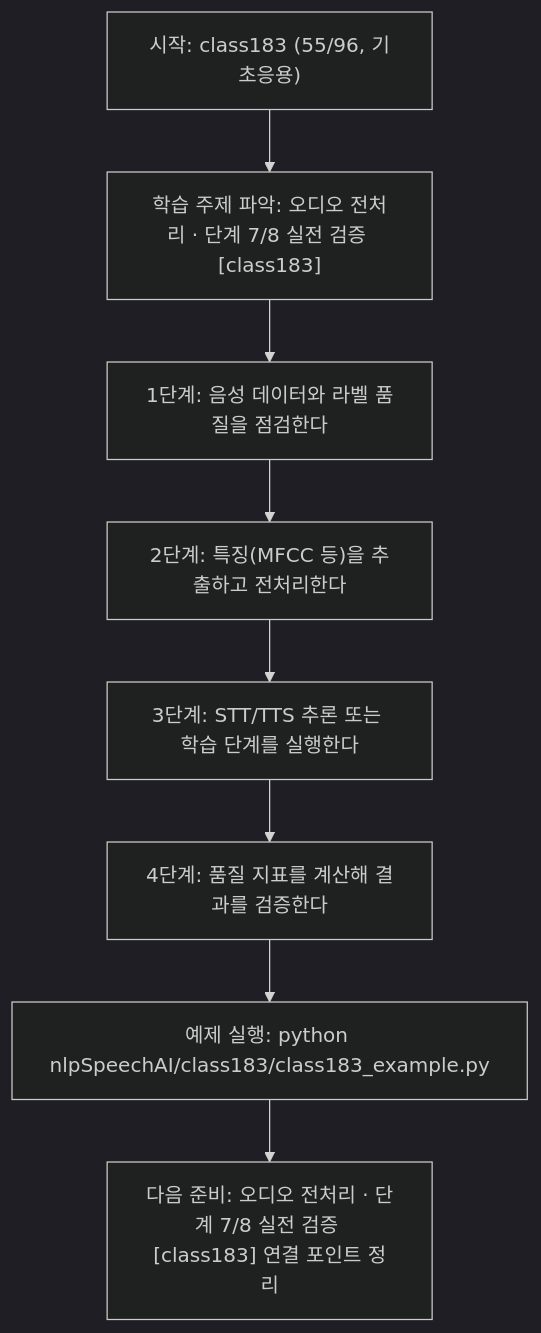
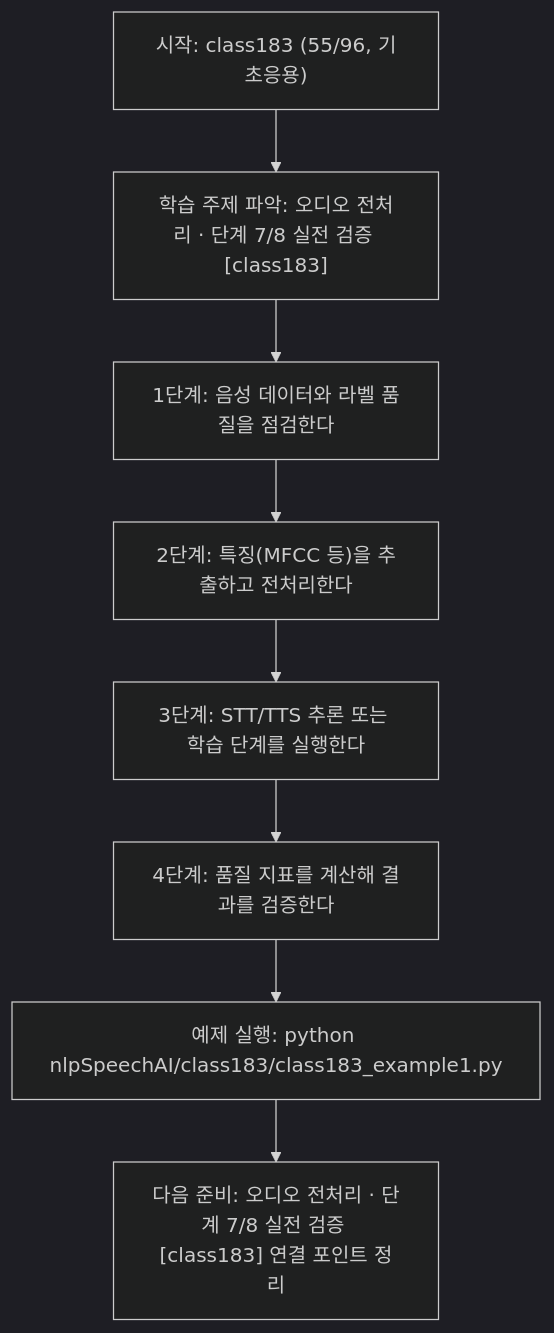
The diagram in nlpSpeechAI/class183/class183.md (edumgt/Python-AI_Agent-Class), drawn with Mermaid (dark theme) before and after one commit. The commit also changed other lines of this file and 2959 other files, not shown here.

````diff
--- a/nlpSpeechAI/class183/class183.md
+++ b/nlpSpeechAI/class183/class183.md
@@ -113,18 +113,18 @@
 ```mermaid
 flowchart TD
 N1["시작: class183 (55/96, 기초응용)"]
 N2["학습 주제 파악: 오디오 전처리 · 단계 7/8 실전 검증 [class183]"]
 N3["1단계: 음성 데이터와 라벨 품질을 점검한다"]
 N4["2단계: 특징(MFCC 등)을 추출하고 전처리한다"]
 N5["3단계: STT/TTS 추론 또는 학습 단계를 실행한다"]
 N6["4단계: 품질 지표를 계산해 결과를 검증한다"]
-N7["예제 실행: python nlpSpeechAI/class183/class183_example.py"]
+N7["예제 실행: python nlpSpeechAI/class183/class183_example1.py"]
 N8["다음 준비: 오디오 전처리 · 단계 7/8 실전 검증 [class183] 연결 포인트 정리"]
 N1 --> N2
 N2 --> N3
 N3 --> N4
 N4 --> N5
 N5 --> N6
 N6 --> N7
 N7 --> N8
 ```
````
